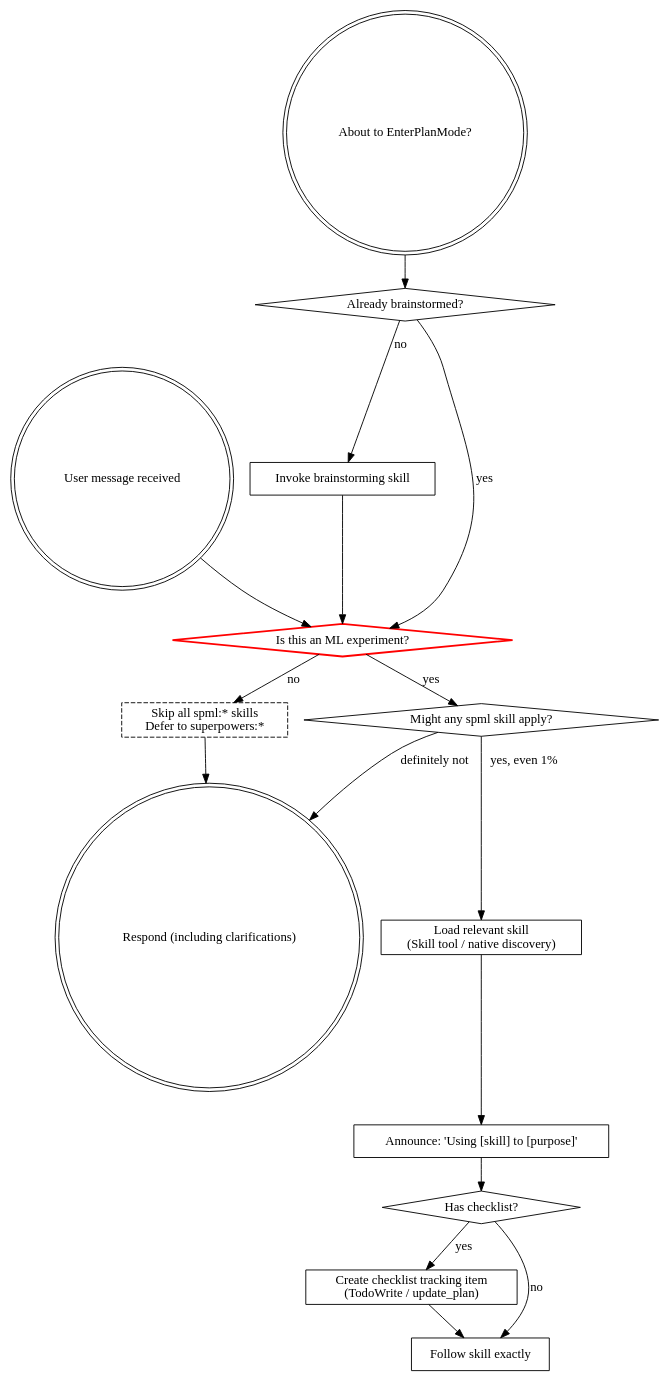
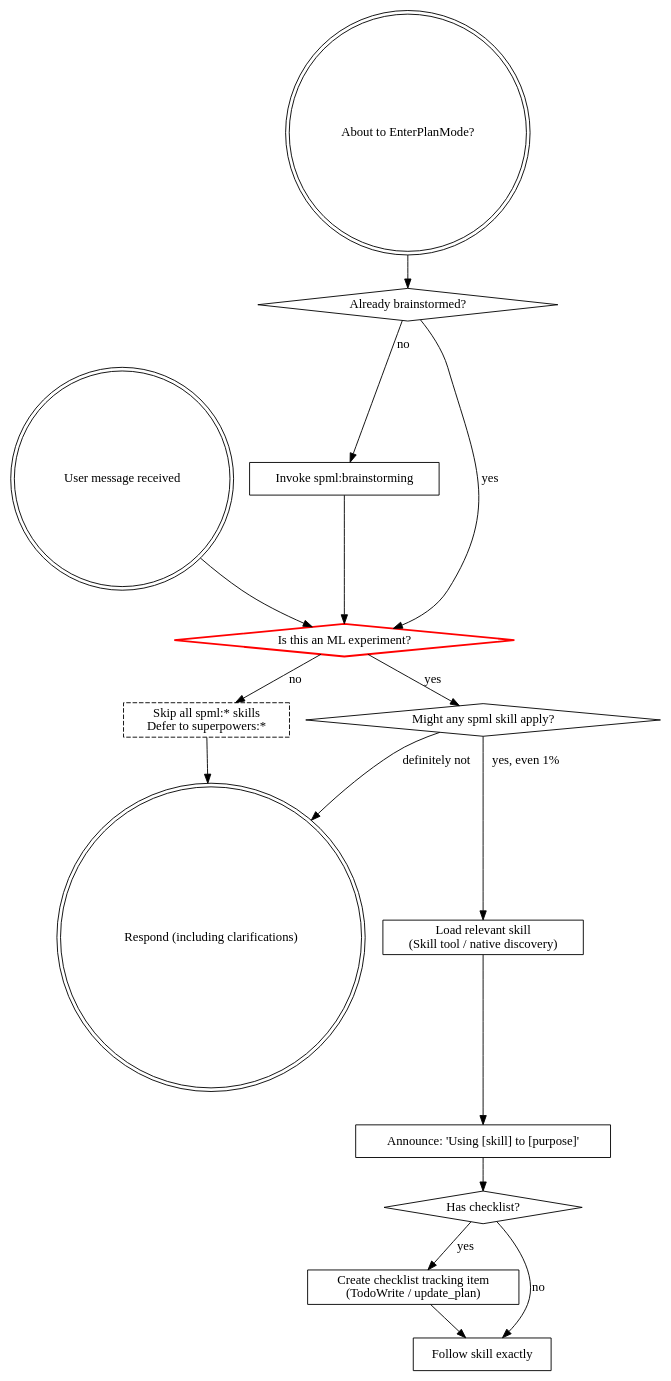
The diagram in skills/using-superpowers-ml/SKILL.md (qqhard/superpowers-ML), drawn with Graphviz before and after one commit. The commit also changed other lines of this file and 3 other files, not shown here.

First line of the commit message:
fix: add spml: prefix to all skill invocation references

````diff
--- a/skills/using-superpowers-ml/SKILL.md
+++ b/skills/using-superpowers-ml/SKILL.md
@@ -57,34 +57,34 @@
 ```dot
 digraph skill_flow {
     "User message received" [shape=doublecircle];
     "About to EnterPlanMode?" [shape=doublecircle];
     "Already brainstormed?" [shape=diamond];
-    "Invoke brainstorming skill" [shape=box];
+    "Invoke spml:brainstorming" [shape=box];
     "Is this an ML experiment?" [shape=diamond, style=bold, color=red];
     "Skip all spml:* skills\nDefer to superpowers:*" [shape=box, style=dashed];
     "Might any spml skill apply?" [shape=diamond];
     "Load relevant skill\n(Skill tool / native discovery)" [shape=box];
     "Announce: 'Using [skill] to [purpose]'" [shape=box];
     "Has checklist?" [shape=diamond];
     "Create checklist tracking item\n(TodoWrite / update_plan)" [shape=box];
     "Follow skill exactly" [shape=box];
     "Respond (including clarifications)" [shape=doublecircle];
 
     "About to EnterPlanMode?" -> "Already brainstormed?";
-    "Already brainstormed?" -> "Invoke brainstorming skill" [label="no"];
+    "Already brainstormed?" -> "Invoke spml:brainstorming" [label="no"];
     "Already brainstormed?" -> "Is this an ML experiment?" [label="yes"];
-    "Invoke brainstorming skill" -> "Is this an ML experiment?";
+    "Invoke spml:brainstorming" -> "Is this an ML experiment?";
 
     "User message received" -> "Is this an ML experiment?";
     "Is this an ML experiment?" -> "Skip all spml:* skills\nDefer to superpowers:*" [label="no"];
     "Skip all spml:* skills\nDefer to superpowers:*" -> "Respond (including clarifications)";
     "Is this an ML experiment?" -> "Might any spml skill apply?" [label="yes"];
     "Might any spml skill apply?" -> "Load relevant skill\n(Skill tool / native discovery)" [label="yes, even 1%"];
     "Might any spml skill apply?" -> "Respond (including clarifications)" [label="definitely not"];
     "Load relevant skill\n(Skill tool / native discovery)" -> "Announce: 'Using [skill] to [purpose]'";
     "Announce: 'Using [skill] to [purpose]'" -> "Has checklist?";
     "Has checklist?" -> "Create checklist tracking item\n(TodoWrite / update_plan)" [label="yes"];
     "Has checklist?" -> "Follow skill exactly" [label="no"];
     "Create checklist tracking item\n(TodoWrite / update_plan)" -> "Follow skill exactly";
 }
 ```
````
